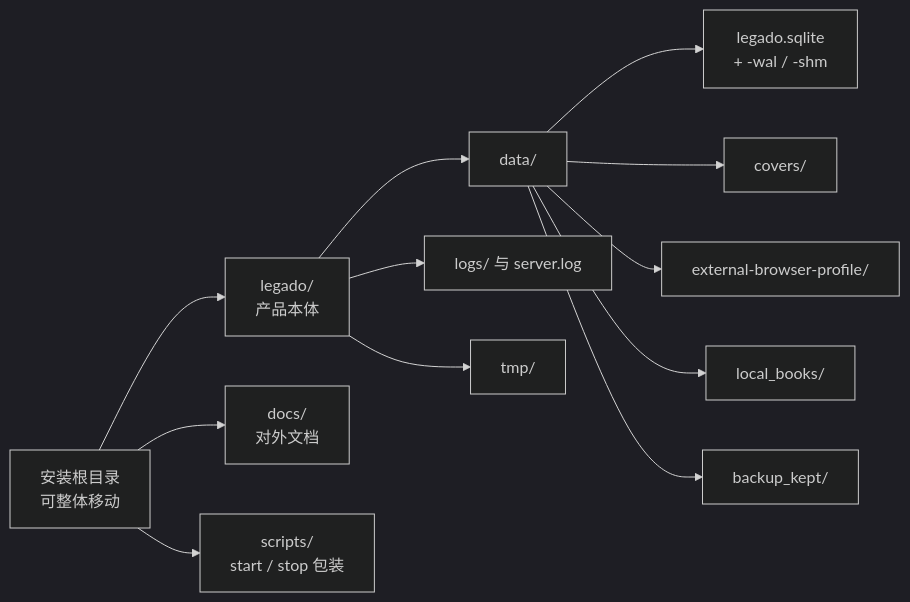
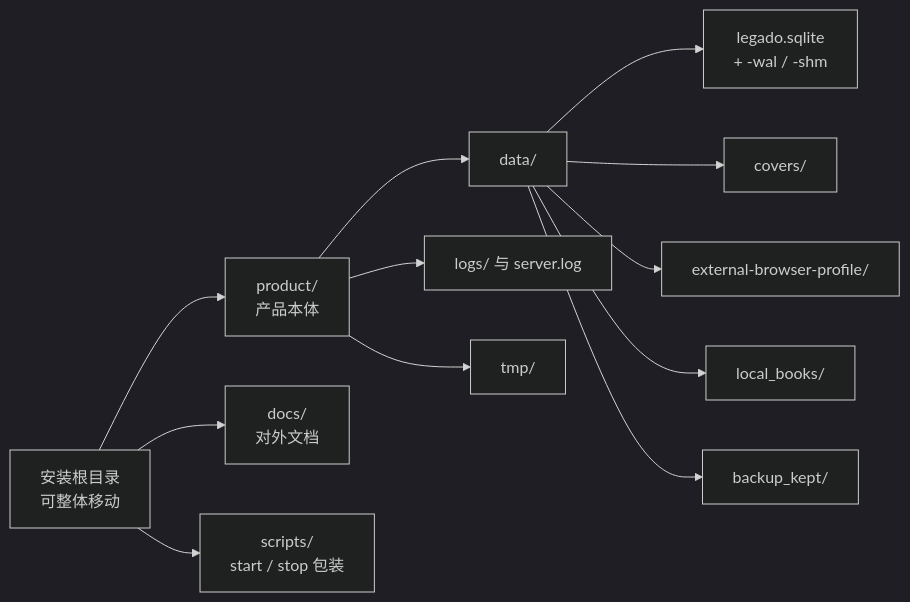
Before and after one commit to linqinqiu/legadoQ: the fourth of 6 diagrams in docs/ARCHITECTURE.md, drawn with Mermaid (dark theme). The commit also changed other lines of this file and 22 other files, not shown here.

````diff
--- a/docs/ARCHITECTURE.md
+++ b/docs/ARCHITECTURE.md
@@ -156,17 +156,17 @@
 ```mermaid
 flowchart LR
     ROOT["安装根目录<br/>可整体移动"]
-    ROOT --> L["legado/<br/>产品本体"]
+    ROOT --> L["product/<br/>产品本体"]
     ROOT --> D["docs/<br/>对外文档"]
     ROOT --> S["scripts/<br/>start / stop 包装"]
 
     L --> DATA["data/"]
     L --> LOGS["logs/ 与 server.log"]
     L --> TMP["tmp/"]
 
     DATA --> DBF["legado.sqlite<br/>+ -wal / -shm"]
     DATA --> COV["covers/"]
     DATA --> PROF["external-browser-profile/"]
     DATA --> LB["local_books/"]
     DATA --> KEPT["backup_kept/"]
 ```
````
